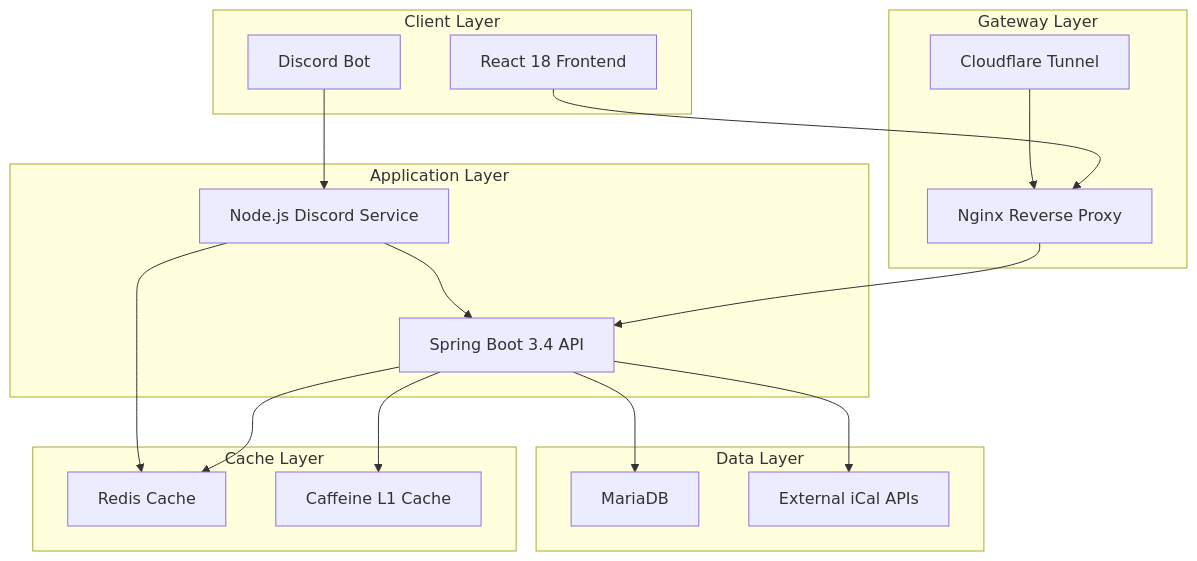
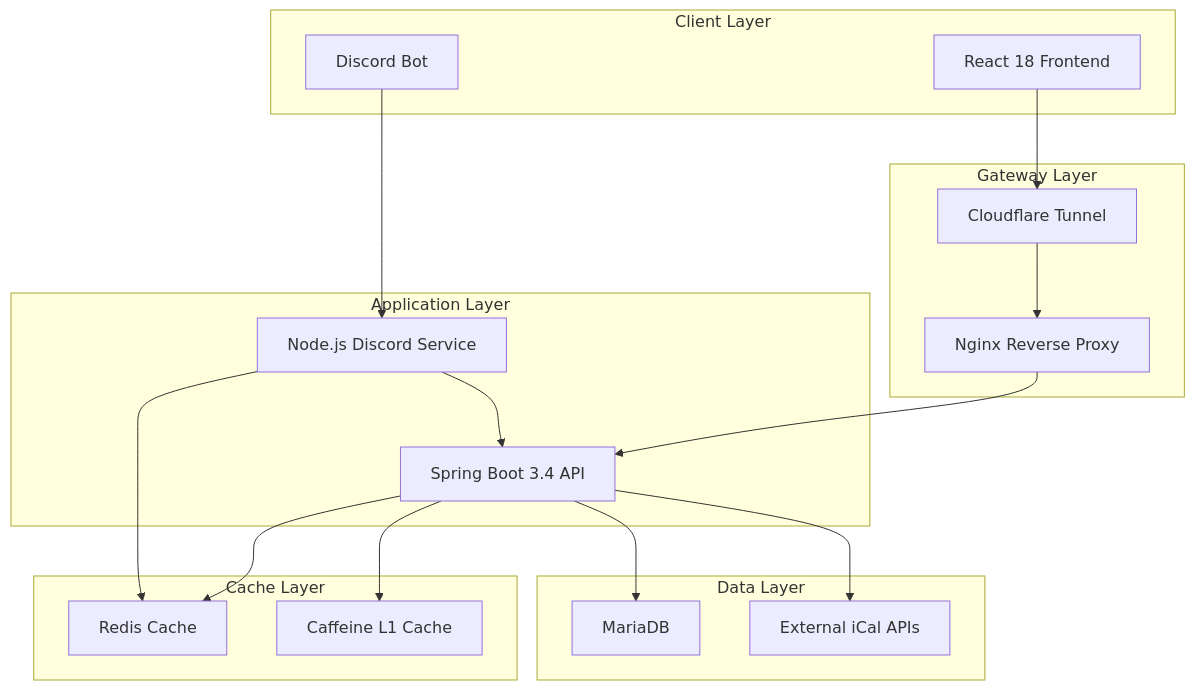
Before and after one commit to 42cats/crime-cat: the diagram in README.md, drawn with Mermaid. The commit also changed other lines of this file, not shown here.

````diff
--- a/README.md
+++ b/README.md
@@ -28,38 +28,38 @@
 ```mermaid
 graph TB
     subgraph "Client Layer"
         A[React 18 Frontend]
         B[Discord Bot]
     end
 
     subgraph "Gateway Layer"
         C[Nginx Reverse Proxy]
         D[Cloudflare Tunnel]
     end
 
     subgraph "Application Layer"
         E[Spring Boot 3.4 API]
         F[Node.js Discord Service]
     end
 
     subgraph "Cache Layer"
         G[Redis Cache]
         H[Caffeine L1 Cache]
     end
 
     subgraph "Data Layer"
         I[MariaDB]
         J[External iCal APIs]
     end
 
-    A --> C
+    A --> D
     B --> F
     C --> E
     D --> C
     E --> G
     E --> H
     E --> I
     E --> J
     F --> E
     F --> G
 ```
````
